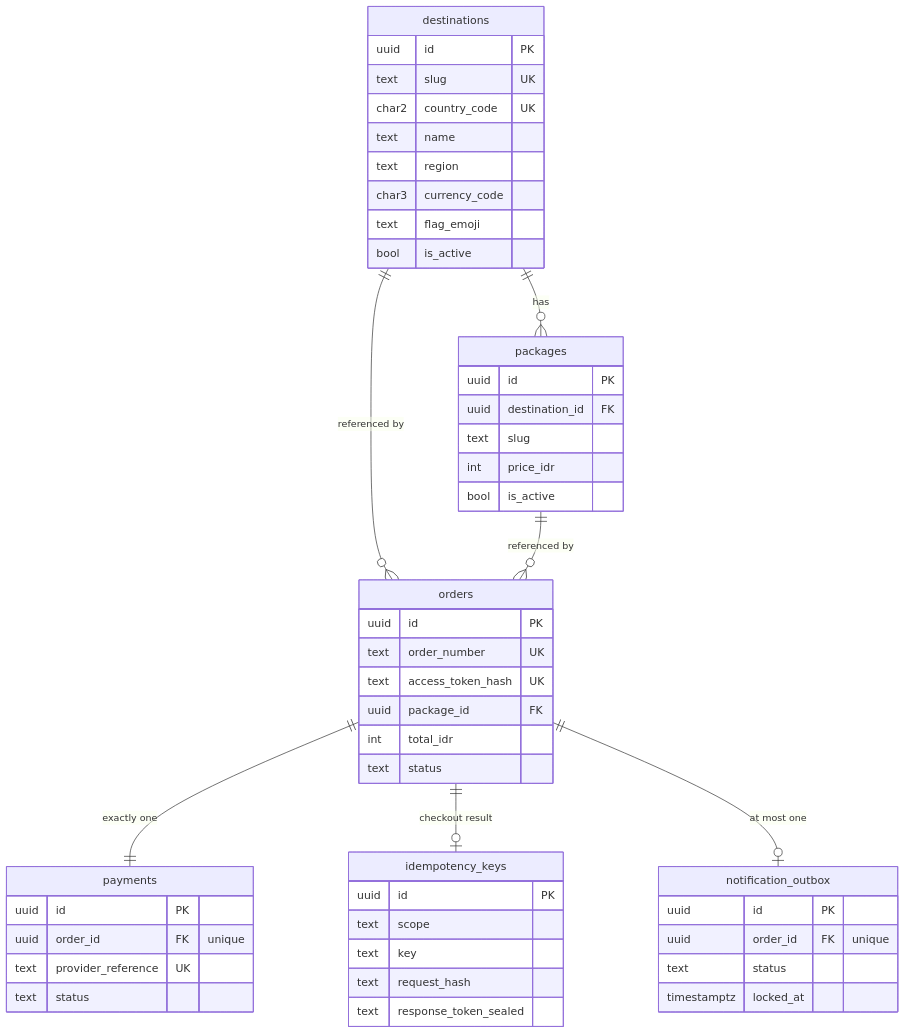
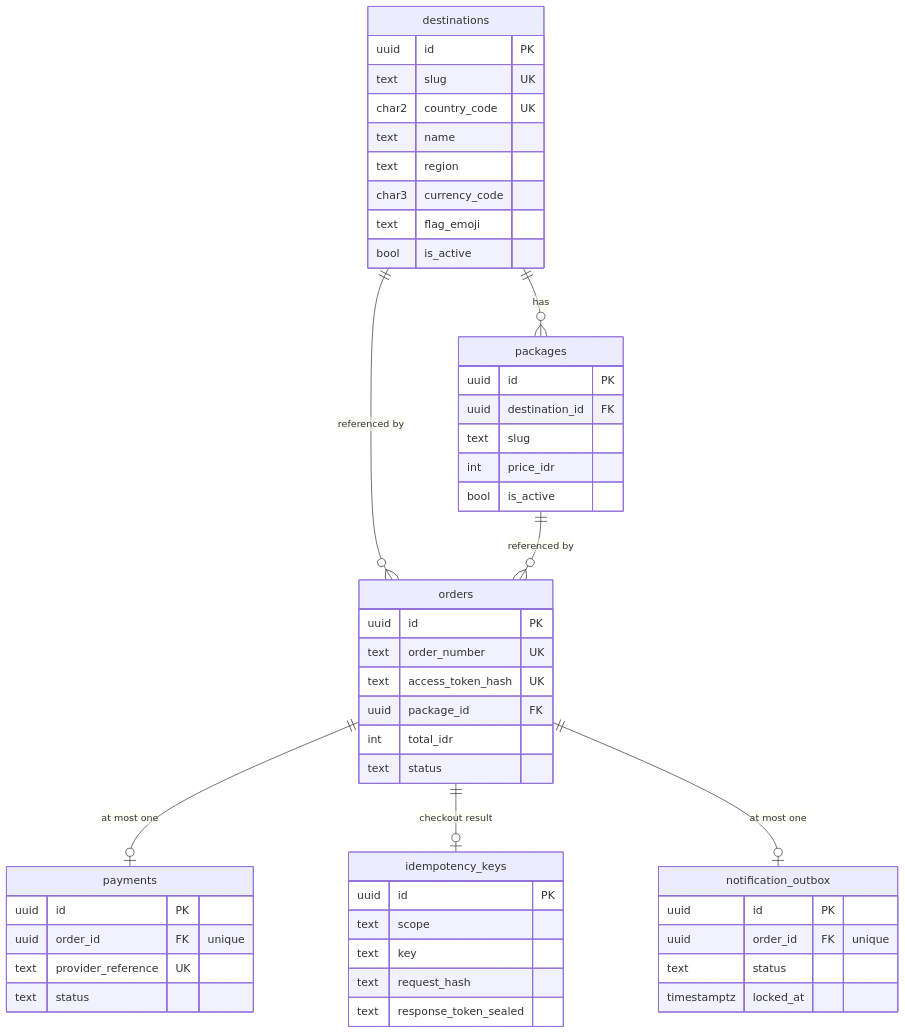
One commit to serenbeam/Travel-Connectivity-Store changed the diagram in docs/database-design.md. Above: the diagram before and after it, drawn with Mermaid. The commit also changed other lines of this file and 4 other files, not shown here.

````diff
--- a/docs/database-design.md
+++ b/docs/database-design.md
@@ -21,54 +21,54 @@
 ```mermaid
 erDiagram
   destinations ||--o{ packages : "has"
   destinations ||--o{ orders : "referenced by"
   packages ||--o{ orders : "referenced by"
-  orders ||--|| payments : "exactly one"
+  orders ||--o| payments : "at most one"
   orders ||--o| idempotency_keys : "checkout result"
   orders ||--o| notification_outbox : "at most one"
 
   destinations {
     uuid id PK
     text slug UK
     char2 country_code UK
     text name
     text region
     char3 currency_code
     text flag_emoji
     bool is_active
   }
   packages {
     uuid id PK
     uuid destination_id FK
     text slug
     int price_idr
     bool is_active
   }
   orders {
     uuid id PK
     text order_number UK
     text access_token_hash UK
     uuid package_id FK
     int total_idr
     text status
   }
   payments {
     uuid id PK
     uuid order_id FK "unique"
     text provider_reference UK
     text status
   }
   idempotency_keys {
     uuid id PK
     text scope
     text key
     text request_hash
     text response_token_sealed
   }
   notification_outbox {
     uuid id PK
     uuid order_id FK "unique"
     text status
     timestamptz locked_at
   }
 ```
````
